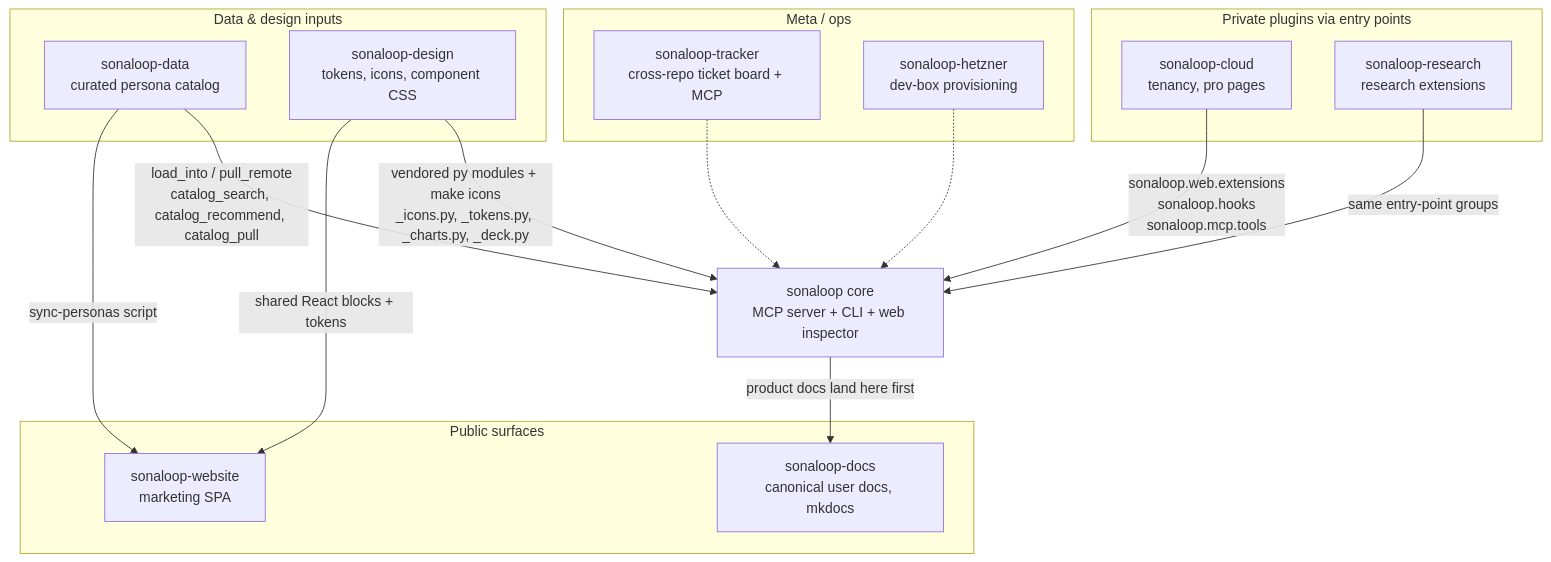
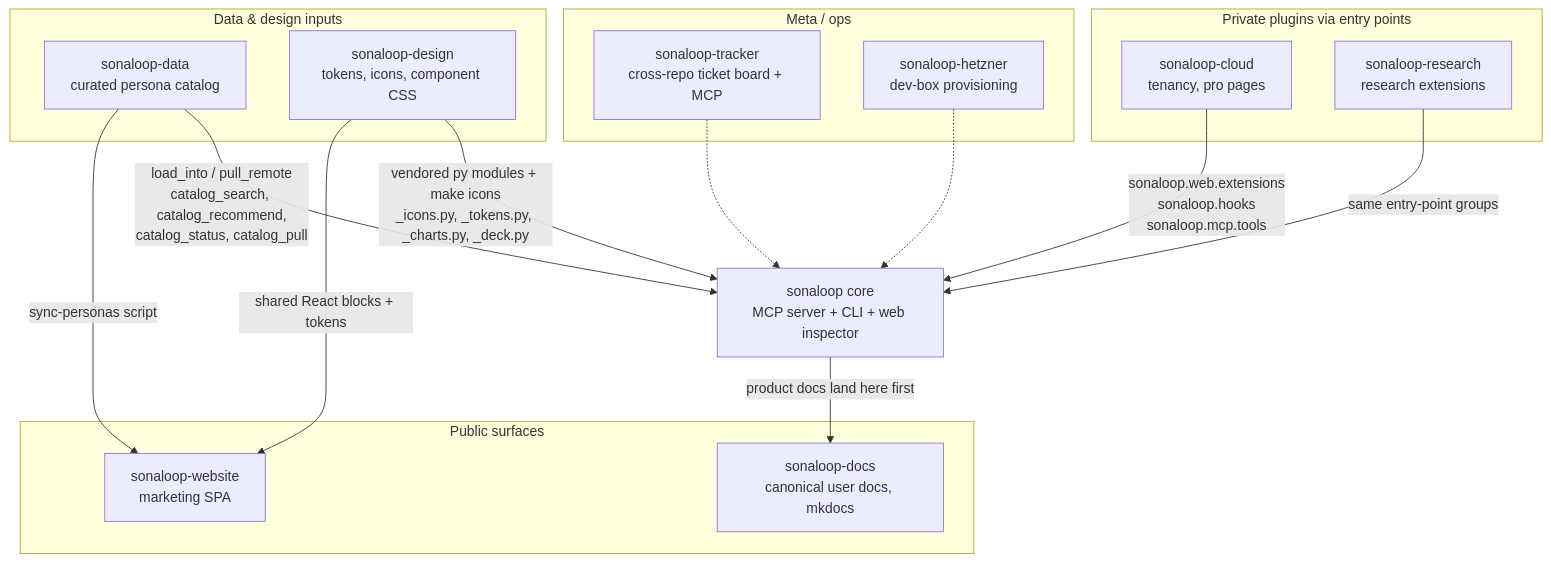
Before and after one commit to jhoetter/persona-council: the first of 3 diagrams in ARCHITECTURE.md, drawn with Mermaid. The commit also changed 9 other files, not shown here.

First line of the commit message:
Catalog sync: catalog_status, drift-safe pull, catalog-backed refresh

````diff
--- a/ARCHITECTURE.md
+++ b/ARCHITECTURE.md
@@ -20,34 +20,34 @@
 ```mermaid
 flowchart TD
     subgraph plugins["Private plugins via entry points"]
         CLOUD[sonaloop-cloud<br/>tenancy, pro pages]
         RESEARCH[sonaloop-research<br/>research extensions]
     end
 
     subgraph assets["Data & design inputs"]
         DATA[sonaloop-data<br/>curated persona catalog]
         DESIGN[sonaloop-design<br/>tokens, icons, component CSS]
     end
 
     CORE["sonaloop core<br/>MCP server + CLI + web inspector"]
 
     subgraph surfaces["Public surfaces"]
         WEBSITE[sonaloop-website<br/>marketing SPA]
         DOCS[sonaloop-docs<br/>canonical user docs, mkdocs]
     end
 
     subgraph ops["Meta / ops"]
         TRACKER[sonaloop-tracker<br/>cross-repo ticket board + MCP]
         HETZNER[sonaloop-hetzner<br/>dev-box provisioning]
     end
 
     CLOUD -- "sonaloop.web.extensions<br/>sonaloop.hooks<br/>sonaloop.mcp.tools" --> CORE
     RESEARCH -- "same entry-point groups" --> CORE
-    DATA -- "load_into / pull_remote<br/>catalog_search, catalog_recommend, catalog_pull" --> CORE
+    DATA -- "load_into / pull_remote<br/>catalog_search, catalog_recommend,<br/>catalog_status, catalog_pull" --> CORE
     DESIGN -- "vendored py modules + make icons<br/>_icons.py, _tokens.py, _charts.py, _deck.py" --> CORE
     DESIGN -- "shared React blocks + tokens" --> WEBSITE
     DATA -- "sync-personas script" --> WEBSITE
     CORE -- "product docs land here first" --> DOCS
     TRACKER -.-> CORE
     HETZNER -.-> CORE
 ```
````
